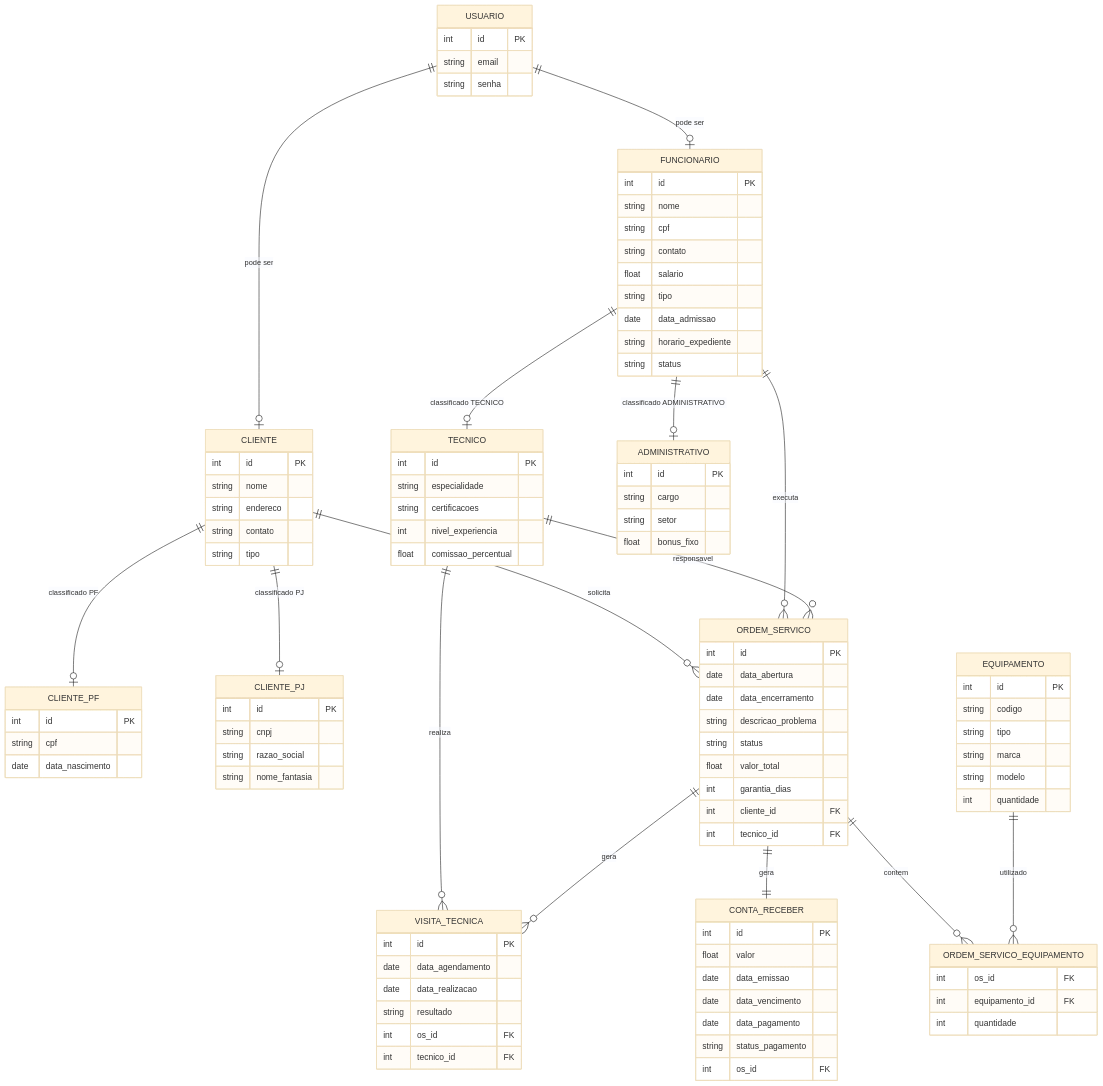
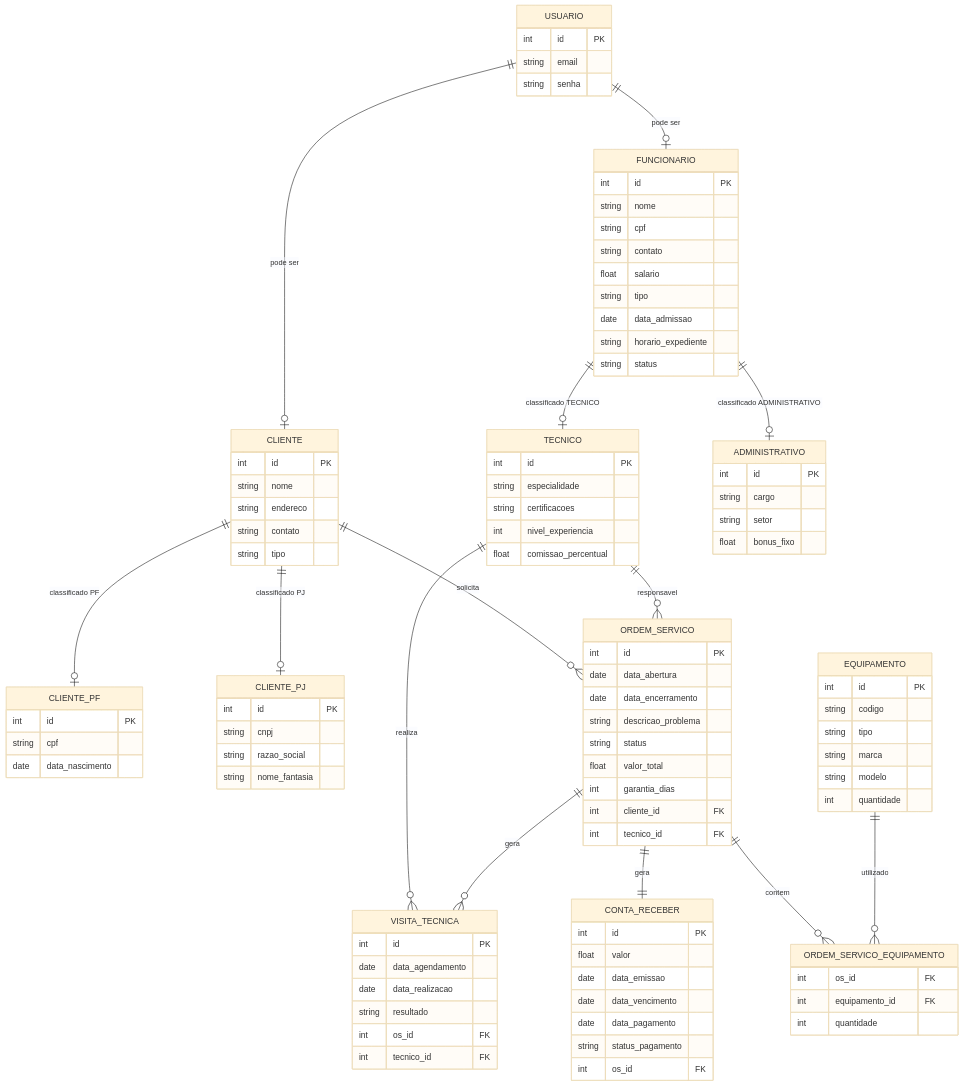
Before and after one commit to mariana097/assistencia-tecnica: the diagram in docs/doc-modelos.md, drawn with Mermaid (base theme). The commit also changed other lines of this file, not shown here.

First line of the commit message:
Revise FUNCIONARIO and ADMINISTRATIVO table details

```diff
--- a/docs/doc-modelos.md
+++ b/docs/doc-modelos.md
@@ -112,7 +112,6 @@
     FUNCIONARIO ||--o| TECNICO : "classificado TECNICO"
     FUNCIONARIO ||--o| ADMINISTRATIVO : "classificado ADMINISTRATIVO"
     CLIENTE ||--o{ ORDEM_SERVICO : "solicita"
-    FUNCIONARIO ||--o{ ORDEM_SERVICO : "executa"
     TECNICO ||--o{ ORDEM_SERVICO : "responsavel"
     TECNICO ||--o{ VISITA_TECNICA : "realiza"
     ORDEM_SERVICO ||--o{ VISITA_TECNICA : "gera"
```
